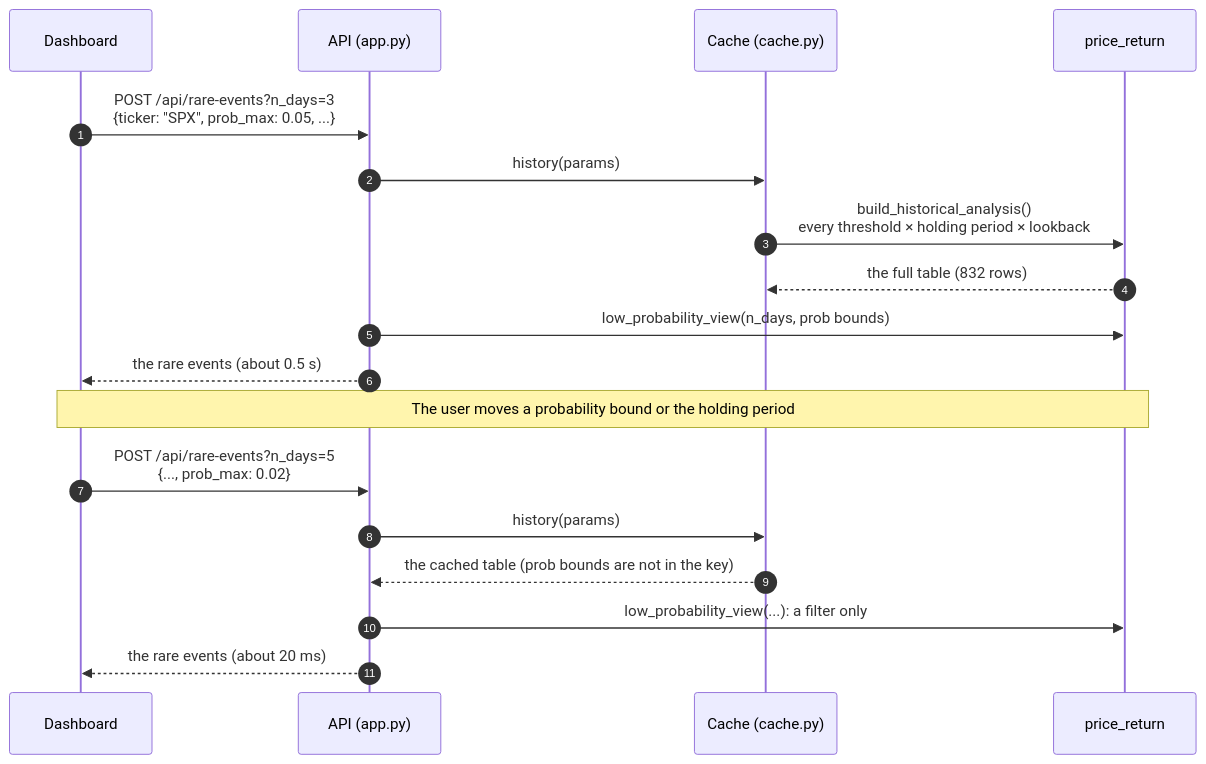
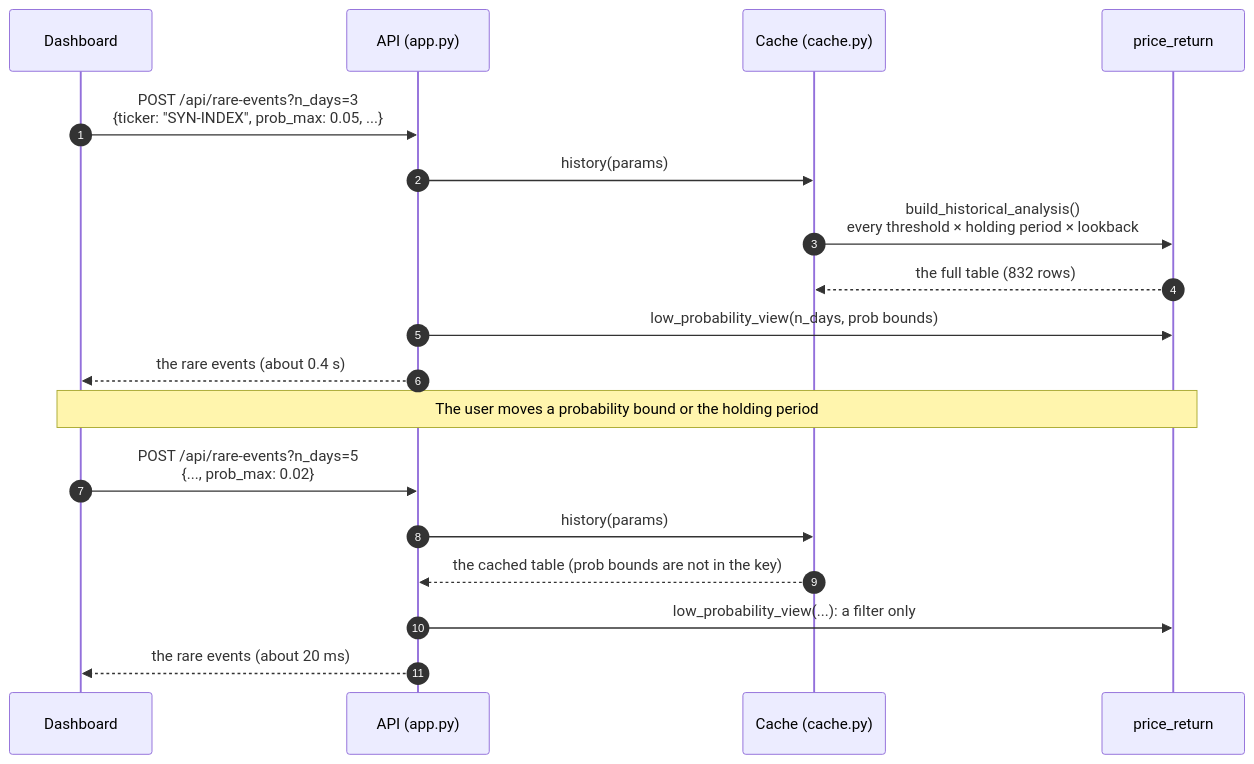
The third of 3 diagrams in docs/api.md (ds-playground/quant_dev), drawn with Mermaid before and after one commit. The commit also changed other lines of this file and 15 other files, not shown here.

````diff
--- a/docs/api.md
+++ b/docs/api.md
@@ -336,20 +342,20 @@
 ```mermaid
 sequenceDiagram
     autonumber
     participant D as Dashboard
     participant A as API (app.py)
     participant C as Cache (cache.py)
     participant P as price_return
-    D->>A: POST /api/rare-events?n_days=3<br/>{ticker: "SPX", prob_max: 0.05, ...}
+    D->>A: POST /api/rare-events?n_days=3<br/>{ticker: "SYN-INDEX", prob_max: 0.05, ...}
     A->>C: history(params)
     C->>P: build_historical_analysis()<br/>every threshold × holding period × lookback
     P-->>C: the full table (832 rows)
     A->>P: low_probability_view(n_days, prob bounds)
-    A-->>D: the rare events (about 0.5 s)
+    A-->>D: the rare events (about 0.4 s)
     Note over D,P: The user moves a probability bound or the holding period
     D->>A: POST /api/rare-events?n_days=5<br/>{..., prob_max: 0.02}
     A->>C: history(params)
     C-->>A: the cached table (prob bounds are not in the key)
     A->>P: low_probability_view(...): a filter only
     A-->>D: the rare events (about 20 ms)
 ```
````
